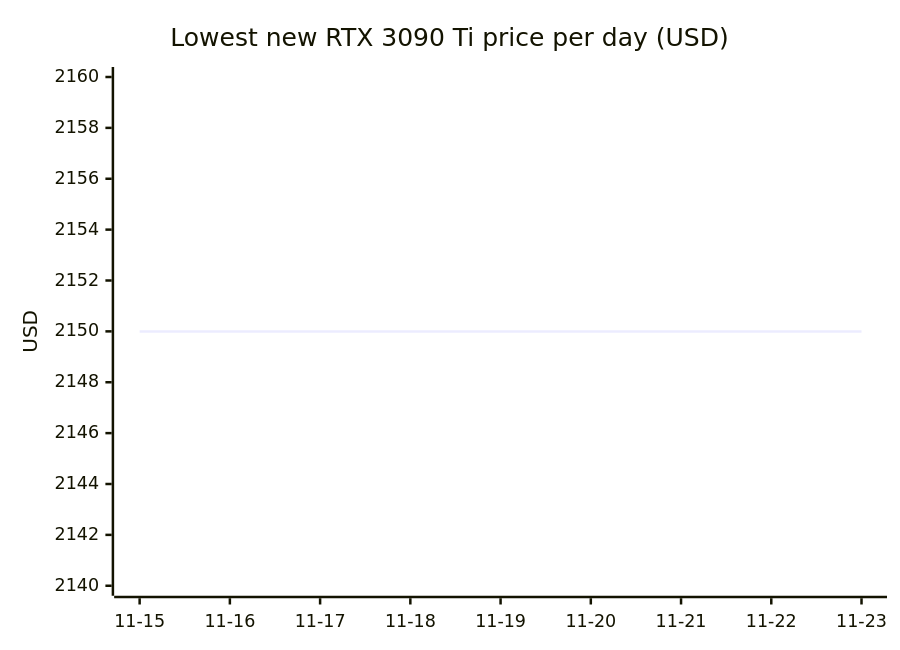
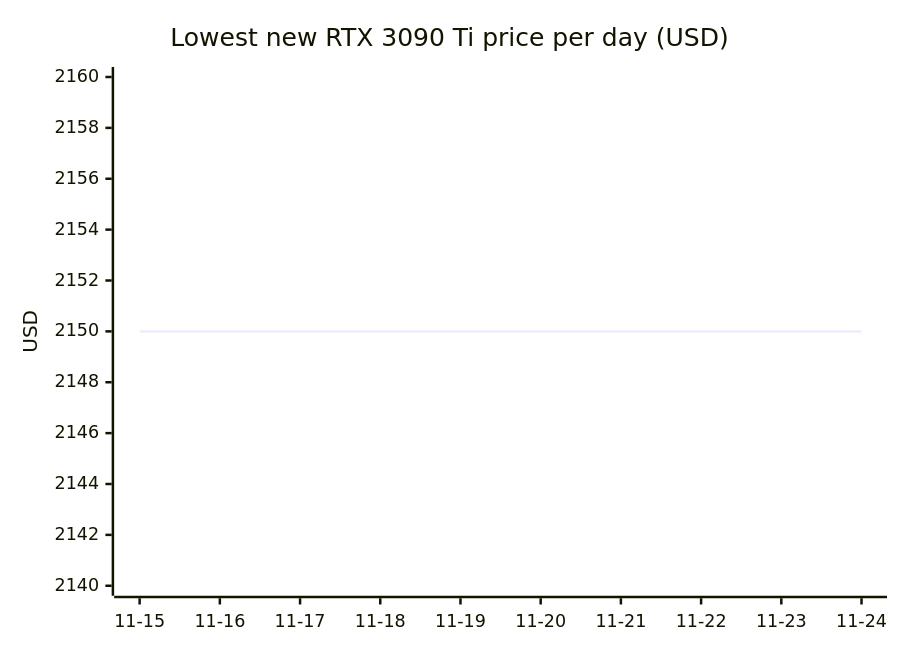
One commit to 7324136828/4tb_ssd_price_watch changed the eighth of 18 diagrams in README.md. Above: the diagram before and after it, drawn with Mermaid. The commit also changed other lines of this file, not shown here.

````diff
--- a/README.md
+++ b/README.md
@@ -877,7 +938,7 @@
 ```mermaid
 xychart-beta
     title "Lowest new RTX 3090 Ti price per day (USD)"
-    x-axis ["11-15", "11-16", "11-17", "11-18", "11-19", "11-20", "11-21", "11-22", "11-23"]
+    x-axis ["11-15", "11-16", "11-17", "11-18", "11-19", "11-20", "11-21", "11-22", "11-23", "11-24"]
     y-axis "USD" 2140 --> 2160
-    line [2150.00, 2150.00, 2150.00, 2150.00, 2150.00, 2150.00, 2150.00, 2150.00, 2150.00]
+    line [2150.00, 2150.00, 2150.00, 2150.00, 2150.00, 2150.00, 2150.00, 2150.00, 2150.00, 2150.00]
 ```
````
